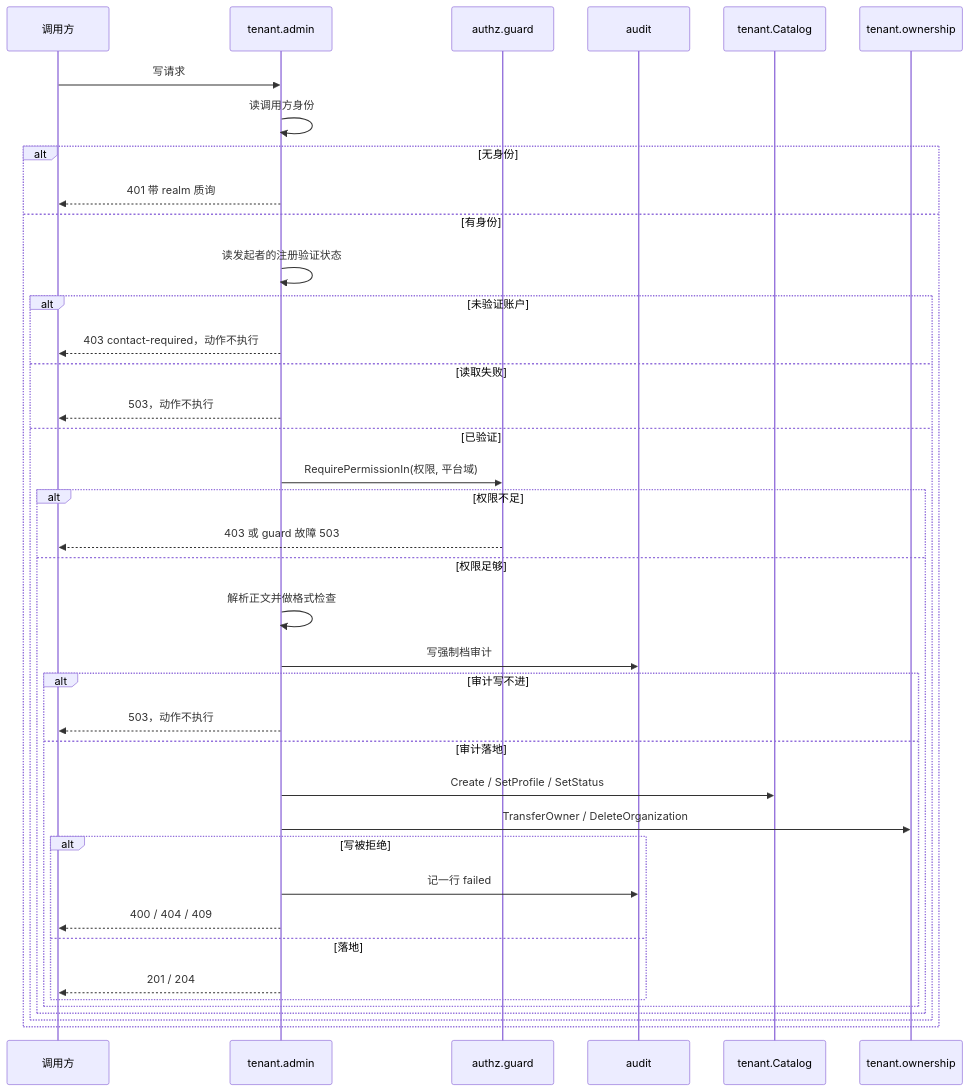
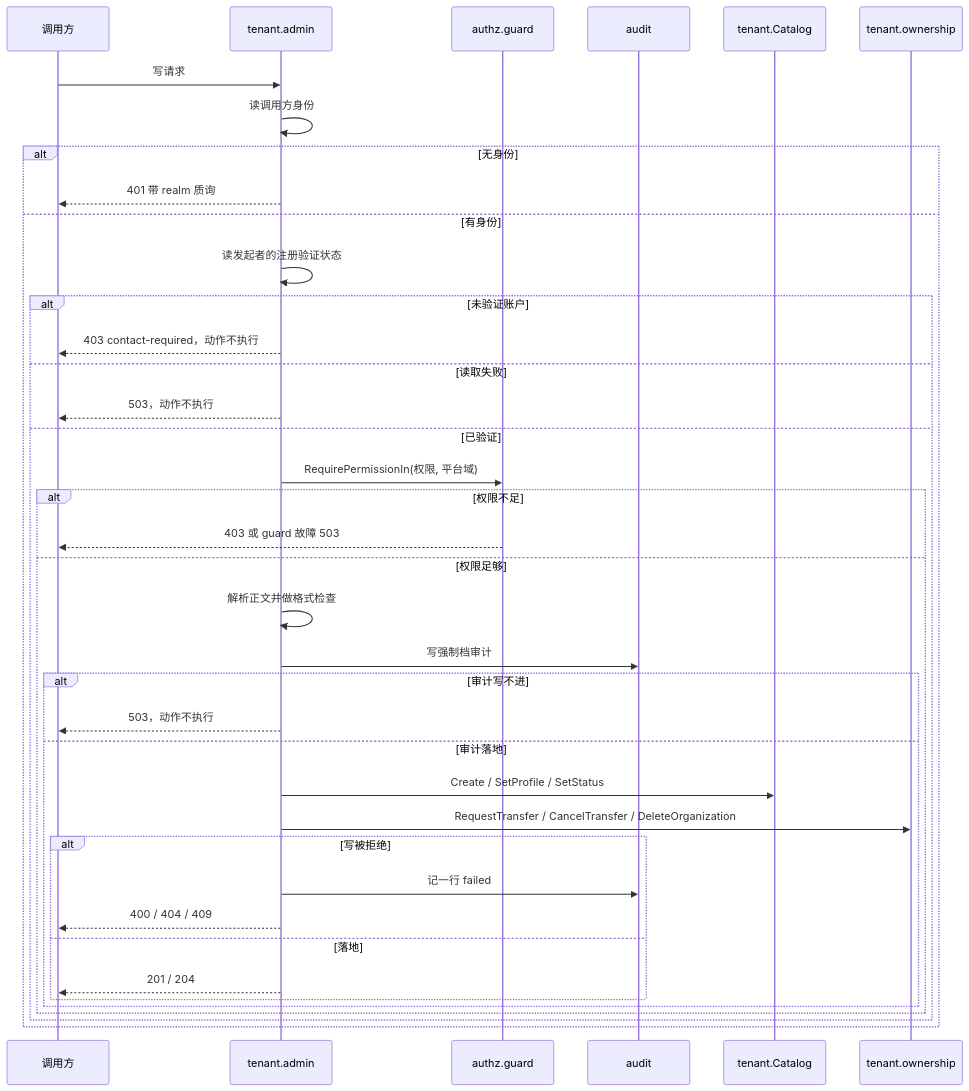
One commit to wangzw/speed changed the diagram in docs/design/modules/tenant/design-tenant-admin.md. Above: the diagram before and after it, drawn with Mermaid. The commit also changed other lines of this file and 96 other files, not shown here.

First line of the commit message:
feat(tenant)!: require the target to confirm an owner transfer

````diff
--- a/docs/design/modules/tenant/design-tenant-admin.md
+++ b/docs/design/modules/tenant/design-tenant-admin.md
@@ -141,41 +159,41 @@
 ```mermaid
 sequenceDiagram
     participant C as 调用方
     participant H as tenant.admin
     participant G as authz.guard
     participant A as audit
     participant R as tenant.Catalog
     participant O as tenant.ownership
     C->>H: 写请求
     H->>H: 读调用方身份
     alt 无身份
         H-->>C: 401 带 realm 质询
     else 有身份
         H->>H: 读发起者的注册验证状态
         alt 未验证账户
             H-->>C: 403 contact-required，动作不执行
         else 读取失败
             H-->>C: 503，动作不执行
         else 已验证
             H->>G: RequirePermissionIn(权限, 平台域)
             alt 权限不足
                 G-->>C: 403 或 guard 故障 503
             else 权限足够
                 H->>H: 解析正文并做格式检查
                 H->>A: 写强制档审计
                 alt 审计写不进
                     H-->>C: 503，动作不执行
                 else 审计落地
                     H->>R: Create / SetProfile / SetStatus
-                    H->>O: TransferOwner / DeleteOrganization
+                    H->>O: RequestTransfer / CancelTransfer / DeleteOrganization
                     alt 写被拒绝
                         H->>A: 记一行 failed
                         H-->>C: 400 / 404 / 409
                     else 落地
                         H-->>C: 201 / 204
                     end
                 end
             end
         end
     end
 ```
````
